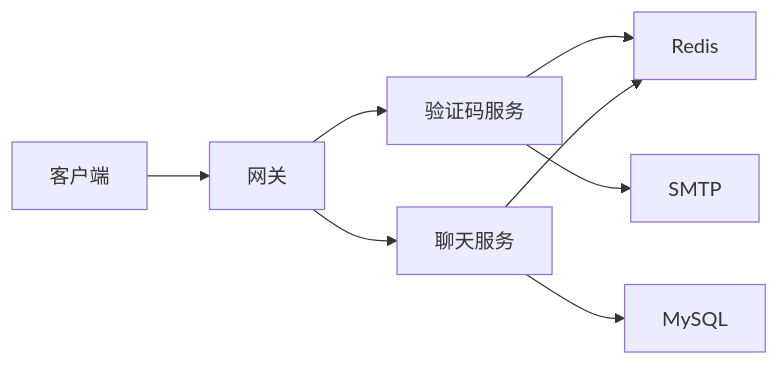
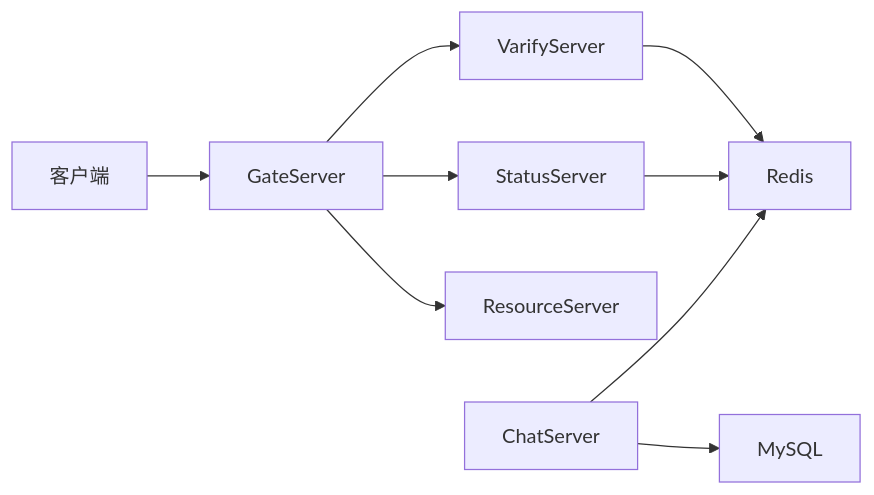
Before and after one commit to echo9923/mychatter: the fifth of 5 diagrams in .qoder/repowiki/zh/content/安全设计/安全设计.md, drawn with Mermaid. The commit also changed other lines of this file and 526 other files, not shown here.

````diff
--- a/.qoder/repowiki/zh/content/安全设计/安全设计.md
+++ b/.qoder/repowiki/zh/content/安全设计/安全设计.md
@@ -253,10 +249,11 @@
 ```mermaid
 graph LR
-Varify["验证码服务"] --> Redis["Redis"]
-Varify --> SMTP["SMTP"]
-Gate["网关"] --> Varify
-Gate --> Chat["聊天服务"]
-Chat --> Redis
-Chat --> MySQL["MySQL"]
-Client["客户端"] --> Gate
+Client["客户端"] --> Gate["GateServer"]
+Gate --> Verify["VarifyServer"]
+Gate --> Status["StatusServer"]
+Gate --> Res["ResourceServer"]
+Chat["ChatServer"] --> DB["MySQL"]
+Chat --> Cache["Redis"]
+Status --> Cache
+Verify --> Cache
 ```
````
